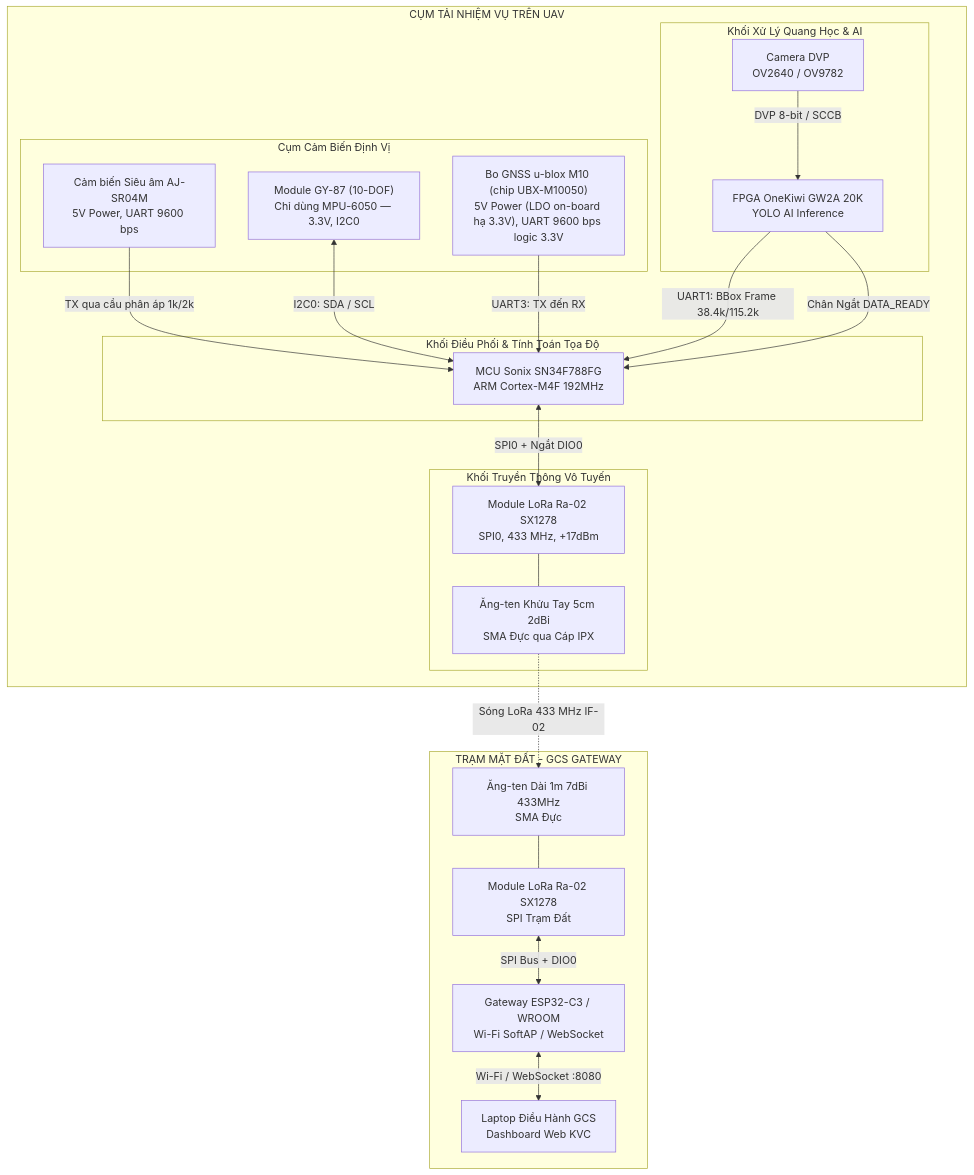
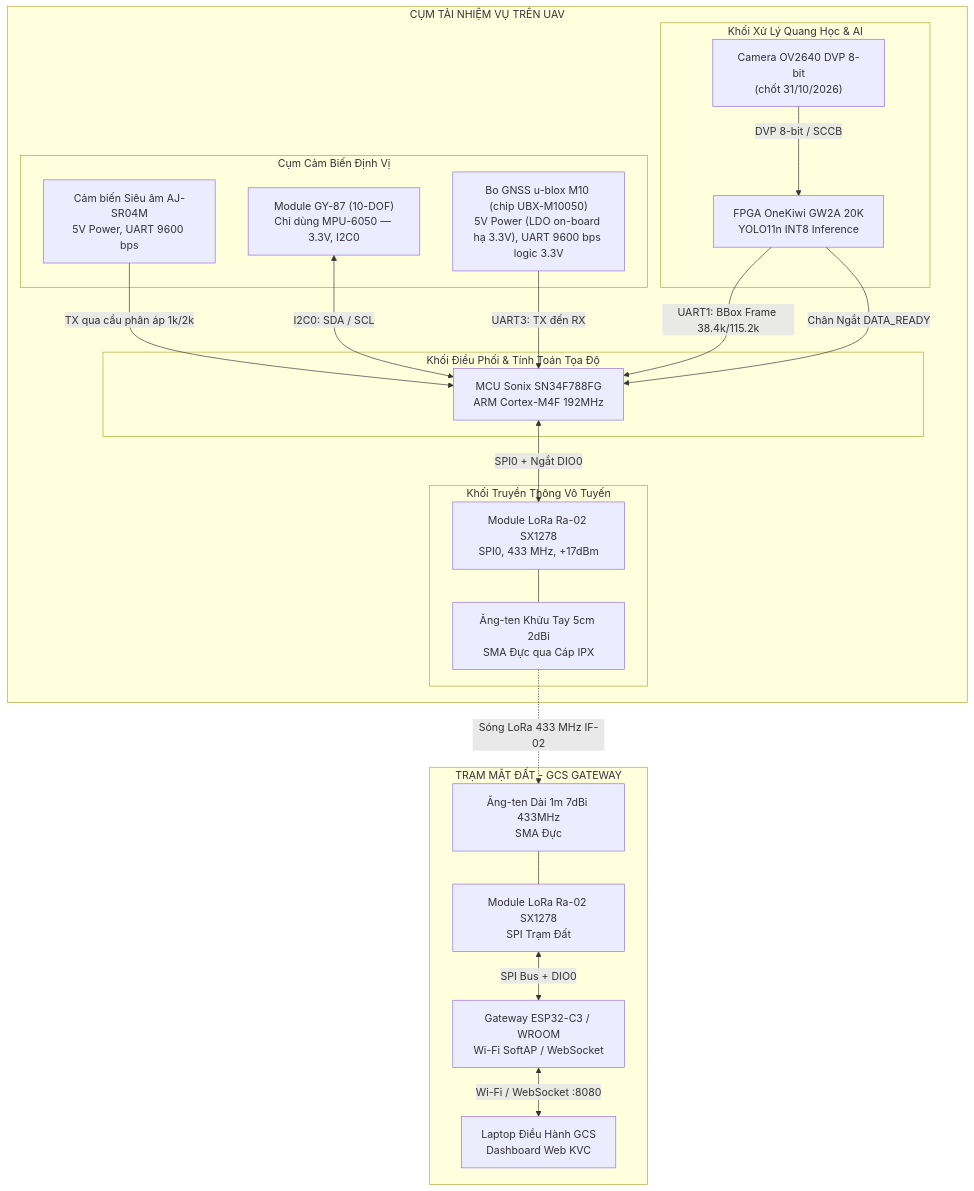
One commit to duyphong375/uav_payload changed the diagram in docs/hardware/wiring/KVC_MASTER_PINOUT_WIRING.md. Above: the diagram before and after it, drawn with Mermaid. The commit also changed other lines of this file and 20 other files, not shown here.

````diff
--- a/docs/hardware/wiring/KVC_MASTER_PINOUT_WIRING.md
+++ b/docs/hardware/wiring/KVC_MASTER_PINOUT_WIRING.md
@@ -18,39 +18,39 @@
 ```mermaid
 flowchart TD
     subgraph TAI_UAV ["CỤM TẢI NHIỆM VỤ TRÊN UAV"]
         subgraph SENSORS ["Cụm Cảm Biến Định Vị"]
             US["Cảm biến Siêu âm AJ-SR04M<br/>5V Power, UART 9600 bps"]
             GY87["Module GY-87 (10-DOF)<br/>Chỉ dùng MPU-6050 — 3.3V, I2C0"]
             GNSS["Bo GNSS u-blox M10 (chip UBX-M10050)<br/>5V Power (LDO on-board hạ 3.3V), UART 9600 bps logic 3.3V"]
         end
 
         subgraph AI_BLOCK ["Khối Xử Lý Quang Học & AI"]
-            CAM["Camera DVP<br/>OV2640 / OV9782"] -->|"DVP 8-bit / SCCB"| FPGA["FPGA OneKiwi GW2A 20K<br/>YOLO AI Inference"]
+            CAM["Camera OV2640 DVP 8-bit<br/>(chốt 31/10/2026)"] -->|"DVP 8-bit / SCCB"| FPGA["FPGA OneKiwi GW2A 20K<br/>YOLO11n INT8 Inference"]
         end
 
         subgraph MCU_CORE ["Khối Điều Phối & Tính Toán Tọa Độ"]
             SONIX["MCU Sonix SN34F788FG<br/>ARM Cortex-M4F 192MHz"]
         end
 
         subgraph RF_UAV ["Khối Truyền Thông Vô Tuyến"]
             LORA_TX["Module LoRa Ra-02 SX1278<br/>SPI0, 433 MHz, +17dBm"]
             ANT_UAV["Ăng-ten Khửu Tay 5cm 2dBi<br/>SMA Đực qua Cáp IPX"]
             LORA_TX --- ANT_UAV
         end
 
         US -->|"TX qua cầu phân áp 1k/2k"| SONIX
         GY87 <-->|"I2C0: SDA / SCL"| SONIX
         GNSS -->|"UART3: TX đến RX"| SONIX
         FPGA -->|"UART1: BBox Frame 38.4k/115.2k"| SONIX
         FPGA -->|"Chân Ngắt DATA_READY"| SONIX
         SONIX <-->|"SPI0 + Ngắt DIO0"| LORA_TX
     end
 
     subgraph GROUND_STATION ["TRẠM MẶT ĐẤT - GCS GATEWAY"]
         ANT_GND["Ăng-ten Dài 1m 7dBi 433MHz<br/>SMA Đực"] --- LORA_RX["Module LoRa Ra-02 SX1278<br/>SPI Trạm Đất"]
         LORA_RX <-->|"SPI Bus + DIO0"| ESP32["Gateway ESP32-C3 / WROOM<br/>Wi-Fi SoftAP / WebSocket"]
         ESP32 <-->|"Wi-Fi / WebSocket :8080"| GCS_PC["Laptop Điều Hành GCS<br/>Dashboard Web KVC"]
     end
 
     ANT_UAV -.->|"Sóng LoRa 433 MHz IF-02"| ANT_GND
 ```
````
